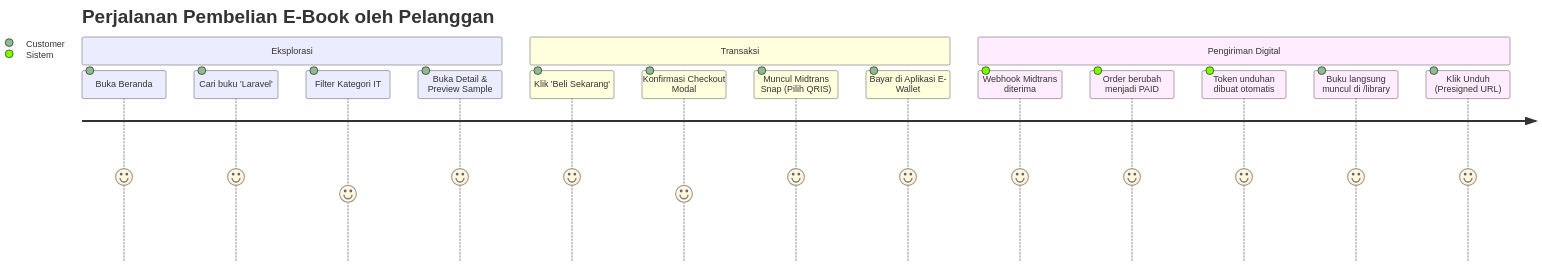
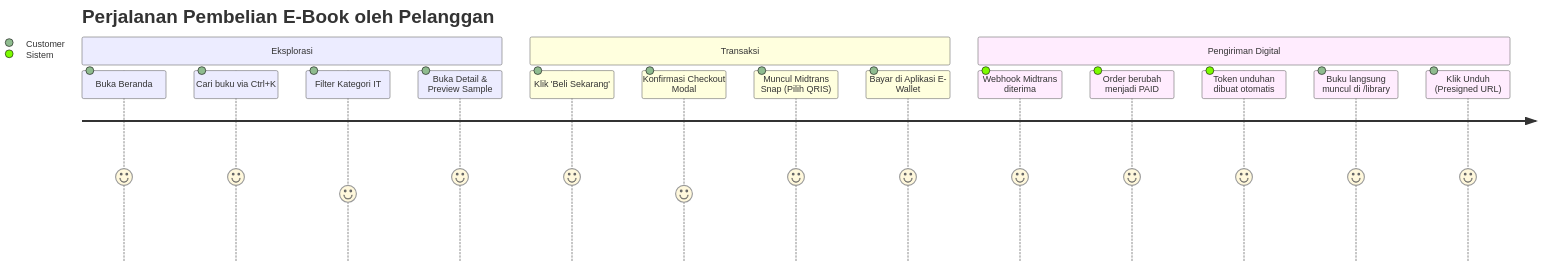
One commit to MasRizqi07/harisenin-bookil-fsd changed the diagram in PRD.md. Above: the diagram before and after it, drawn with Mermaid. The commit also changed other lines of this file and 8 other files, not shown here.

````diff
--- a/PRD.md
+++ b/PRD.md
@@ -106,20 +111,20 @@
 ```mermaid
 journey
     title Perjalanan Pembelian E-Book oleh Pelanggan
     section Eksplorasi
       Buka Beranda: 5: Customer
-      Cari buku 'Laravel': 5: Customer
+      Cari buku via Ctrl+K: 5: Customer
       Filter Kategori IT: 4: Customer
       Buka Detail & Preview Sample: 5: Customer
     section Transaksi
       Klik 'Beli Sekarang': 5: Customer
       Konfirmasi Checkout Modal: 4: Customer
       Muncul Midtrans Snap (Pilih QRIS): 5: Customer
       Bayar di Aplikasi E-Wallet: 5: Customer
     section Pengiriman Digital
       Webhook Midtrans diterima: 5: Sistem
       Order berubah menjadi PAID: 5: Sistem
       Token unduhan dibuat otomatis: 5: Sistem
       Buku langsung muncul di /library: 5: Customer
       Klik Unduh (Presigned URL): 5: Customer
 ```
````
